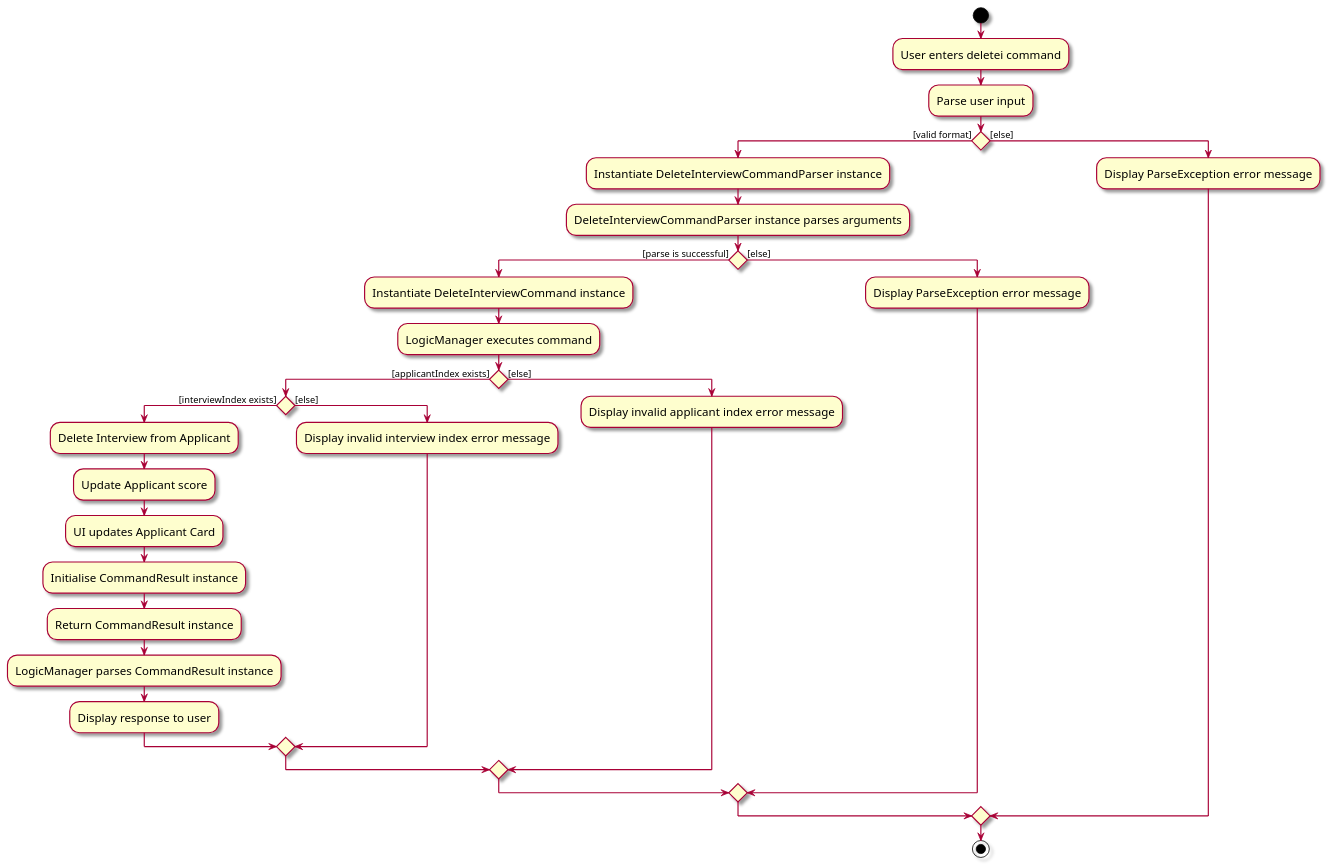
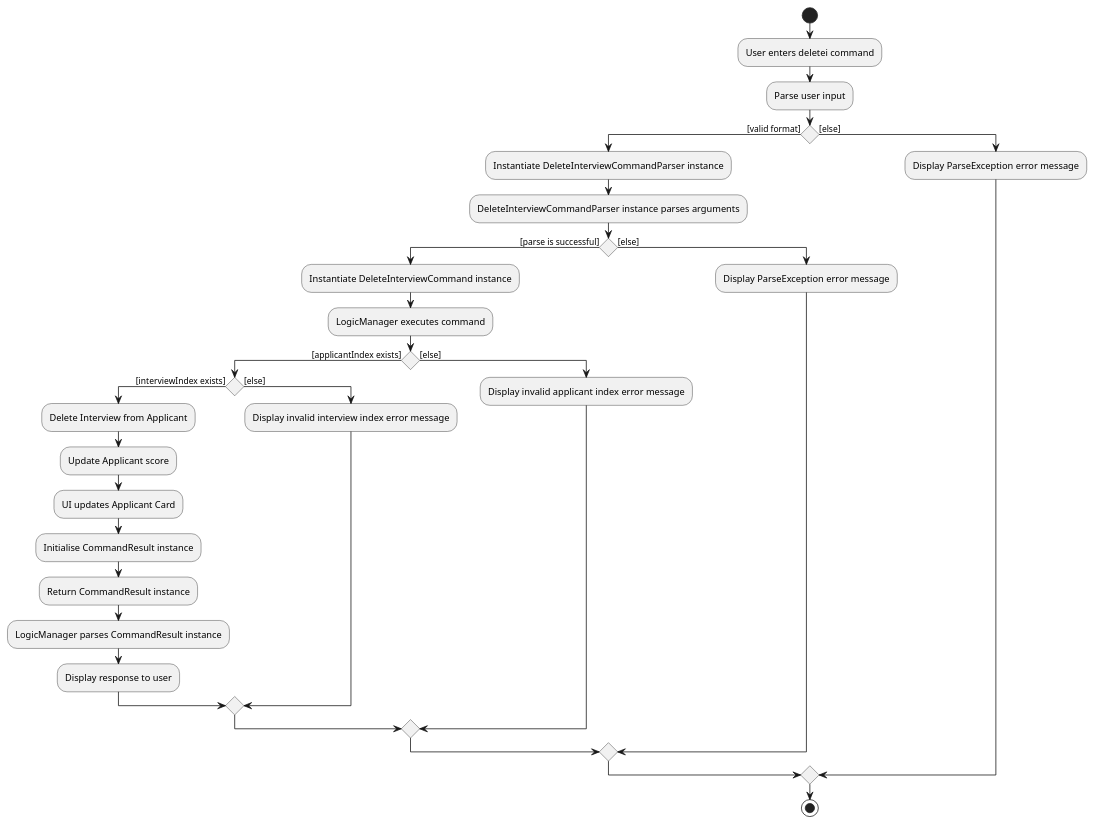
Before and after one commit to nus-cs2103-AY2324S1/tp: the diagram in docs/diagrams/DeleteInterviewActivityDiagram.puml, drawn with PlantUML.

Commit message:
Update activity diagram style

```diff
--- a/docs/diagrams/DeleteInterviewActivityDiagram.puml
+++ b/docs/diagrams/DeleteInterviewActivityDiagram.puml
@@ -1,39 +1,38 @@
 @startuml
-skin rose
-skinparam ActivityFontSize 15
-skinparam ArrowFontSize 12
+'https://plantuml.com/activity-diagram-beta
+
 start
 :User enters deletei command;
 
 :Parse user input;
 
 if () then ([valid format])
     :Instantiate DeleteInterviewCommandParser instance;
     :DeleteInterviewCommandParser instance parses arguments;
     if () then ([parse is successful])
         :Instantiate DeleteInterviewCommand instance;
         :LogicManager executes command;
         if () then ([applicantIndex exists])
             if () then ([interviewIndex exists])
             :Delete Interview from Applicant;
             :Update Applicant score;
             :UI updates Applicant Card;
             :Initialise CommandResult instance;
             :Return CommandResult instance;
             :LogicManager parses CommandResult instance;
             :Display response to user;
             else ([else])
                 :Display invalid interview index error message;
             endif
         else ([else])
             :Display invalid applicant index error message;
         endif
     else ([else])
         :Display ParseException error message;
     endif
 else ([else])
 :Display ParseException error message;
 endif
 stop
 
 @enduml
```
